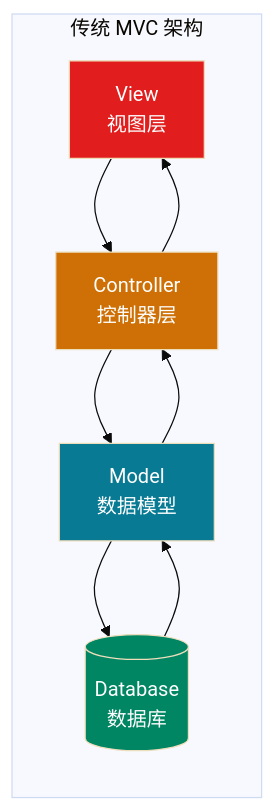
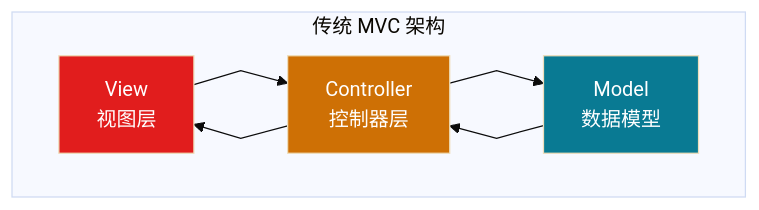
One commit to microwind/design-patterns changed the first of 29 diagrams in domain-driven-design/一文搞懂DDD领域驱动设计.md. Above: the diagram before and after it, drawn with Mermaid. The commit also changed other lines of this file, not shown here.

````diff
--- a/domain-driven-design/一文搞懂DDD领域驱动设计.md
+++ b/domain-driven-design/一文搞懂DDD领域驱动设计.md
@@ -15,22 +15,18 @@
 ```mermaid
-%%{init: {'theme': 'base', 'themeVariables': { 'sectionBkgColor': '#f1f1f1', 'altSectionBkgColor': '#f1f1f1', 'gridColor': '#f1f1f1'}}}%%
-flowchart LR
+%%{init: {'theme': 'base', 'themeVariables': { 'sectionBkgColor': '#f1f1f1', 'altSectionBkgColor': '#f1f1f1', 'gridColor': '#f1f1f1'}, 'flowchart': {'curve': 'linear'}}}%%
+flowchart TB
     subgraph MVC["传统 MVC 架构"]
         View[View<br/>视图层]
         Controller[Controller<br/>控制器层]
         Model[Model<br/>数据模型]
-        DB[(Database<br/>数据库)]
     end
     
     View --> Controller
     Controller --> Model
-    Model --> DB
-    DB --> Model
     Model --> Controller
     Controller --> View
     
     style View fill:#E11D1D,color:#ffffff
     style Controller fill:#CE7005,color:#FFFFFF
     style Model fill:#097A93,color:#ffffff
-    style DB fill:#018663,color:#ffffff
 ```
````
